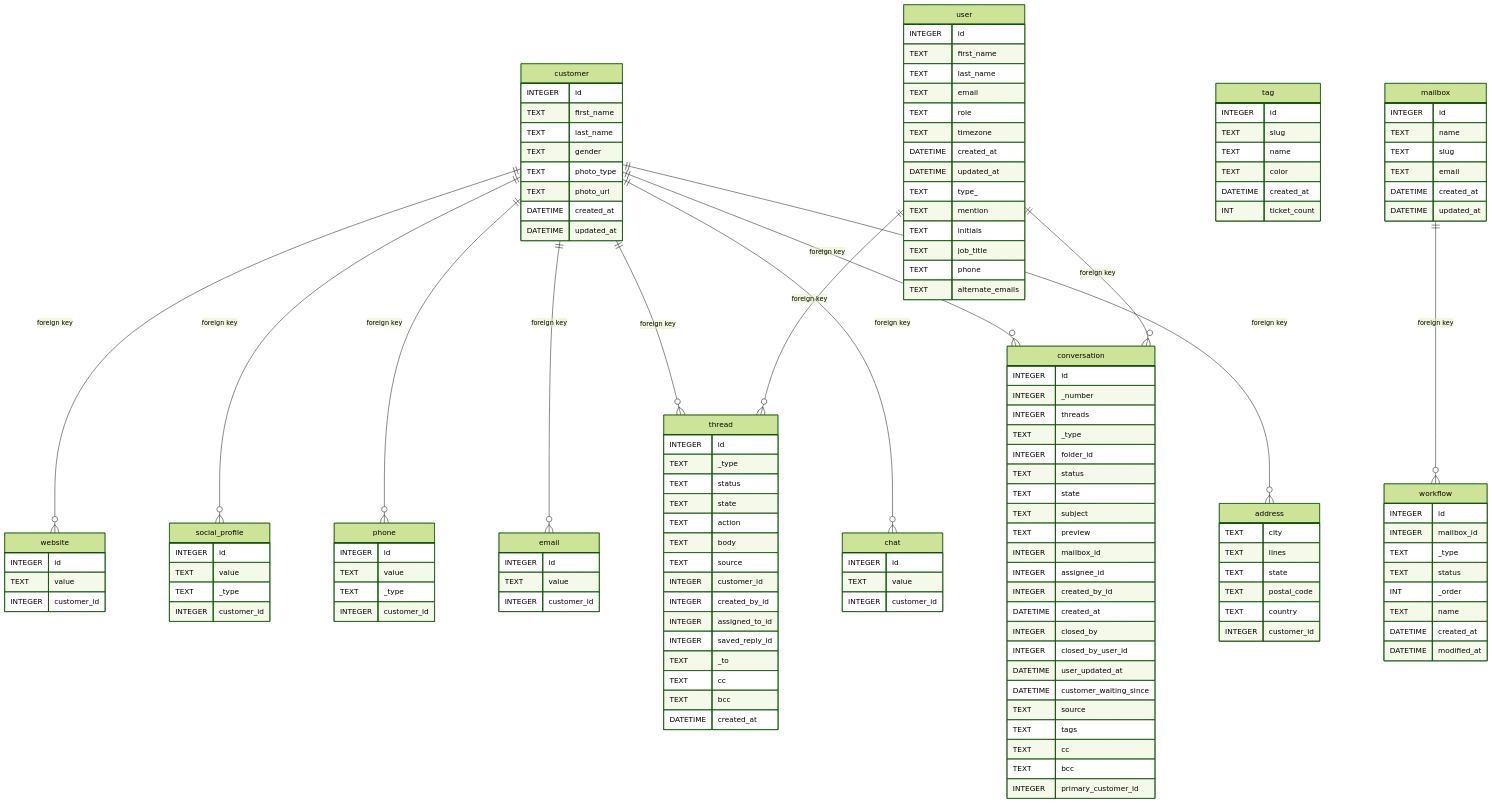
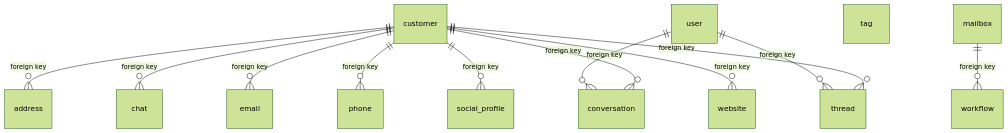
The diagram in README.md (dlo/helpscout-export), drawn with Mermaid (forest theme) before and after one commit. The commit also changed 1 other file, not shown here.

Commit message:
fix ER rendering

````diff
--- a/README.md
+++ b/README.md
@@ -23,144 +23,33 @@
 erDiagram
 
   customer {
-    INTEGER id
-    TEXT first_name
-    TEXT last_name
-    TEXT gender
-    TEXT photo_type
-    TEXT photo_url
-    DATETIME created_at
-    DATETIME updated_at
   }
 
   mailbox {
-    INTEGER id
-    TEXT name
-    TEXT slug
-    TEXT email
-    DATETIME created_at
-    DATETIME updated_at
   }
 
   tag {
-    INTEGER id
-    TEXT slug
-    TEXT name
-    TEXT color
-    DATETIME created_at
-    INT ticket_count
   }
 
-  "user" {
-    INTEGER id
-    TEXT first_name
-    TEXT last_name
-    TEXT email
-    TEXT role
-    TEXT timezone
-    DATETIME created_at
-    DATETIME updated_at
-    TEXT type_
-    TEXT mention
-    TEXT initials
-    TEXT job_title
-    TEXT phone
-    TEXT alternate_emails
-  }
-
-  address {
-    TEXT city
-    TEXT lines
-    TEXT state
-    TEXT postal_code
-    TEXT country
-    INTEGER customer_id
-  }
-
-  chat {
-    INTEGER id
-    TEXT value
-    INTEGER customer_id
-  }
-
-  conversation {
-    INTEGER id
-    INTEGER _number
-    INTEGER threads
-    TEXT _type
-    INTEGER folder_id
-    TEXT status
-    TEXT state
-    TEXT subject
-    TEXT preview
-    INTEGER mailbox_id
-    INTEGER assignee_id
-    INTEGER created_by_id
-    DATETIME created_at
-    INTEGER closed_by
-    INTEGER closed_by_user_id
-    DATETIME user_updated_at
-    DATETIME customer_waiting_since
-    TEXT source
-    TEXT tags
-    TEXT cc
-    TEXT bcc
-    INTEGER primary_customer_id
+  user {
   }
 
   email {
-    INTEGER id
-    TEXT value
-    INTEGER customer_id
   }
 
   phone {
-    INTEGER id
-    TEXT value
-    TEXT _type
-    INTEGER customer_id
   }
 
   social_profile {
-    INTEGER id
-    TEXT value
-    TEXT _type
-    INTEGER customer_id
   }
 
   thread {
-    INTEGER id
-    TEXT _type
-    TEXT status
-    TEXT state
-    TEXT action
-    TEXT body
-    TEXT source
-    INTEGER customer_id
-    INTEGER created_by_id
-    INTEGER assigned_to_id
-    INTEGER saved_reply_id
-    TEXT _to
-    TEXT cc
-    TEXT bcc
-    DATETIME created_at
   }
 
   website {
-    INTEGER id
-    TEXT value
-    INTEGER customer_id
   }
 
   workflow {
-    INTEGER id
-    INTEGER mailbox_id
-    TEXT _type
-    TEXT status
-    INT _order
-    TEXT name
-    DATETIME created_at
-    DATETIME modified_at
   }
 
   customer ||--o{ address : "foreign key"
@@ -172,6 +61,6 @@
   customer ||--o{ thread : "foreign key"
   customer ||--o{ website : "foreign key"
   mailbox ||--o{ workflow : "foreign key"
-  "user" ||--o{ conversation : "foreign key"
-  "user" ||--o{ thread : "foreign key"
+  user ||--o{ conversation : "foreign key"
+  user ||--o{ thread : "foreign key"
 ```
````
